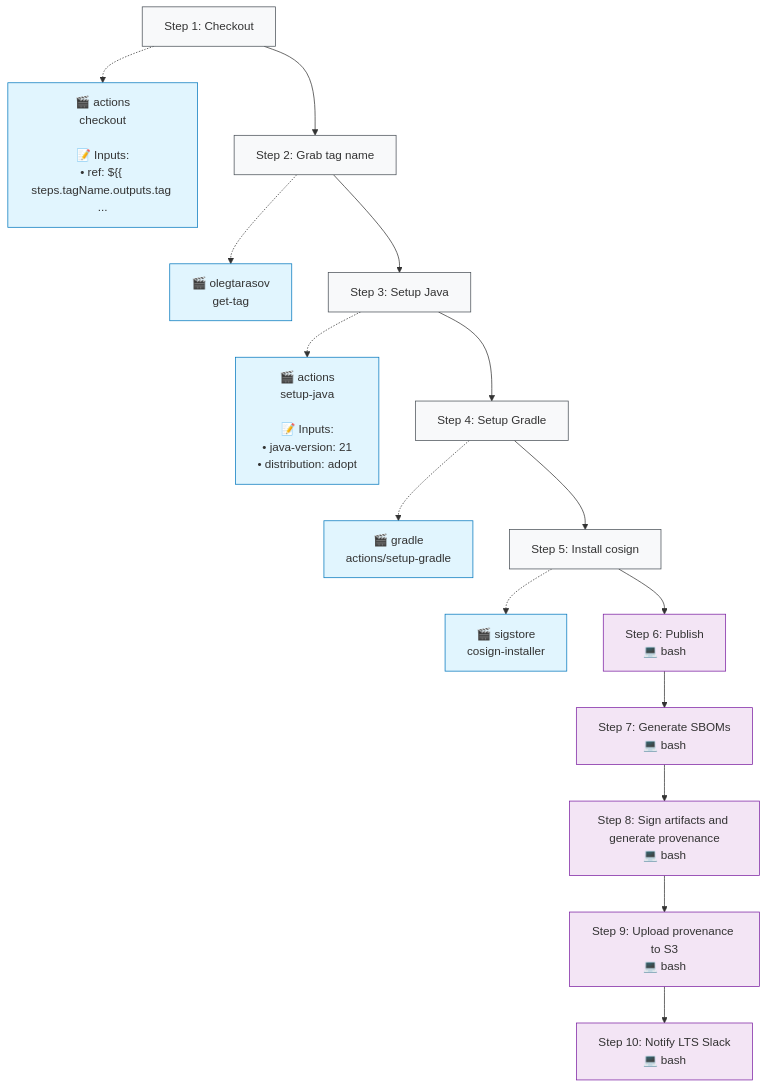
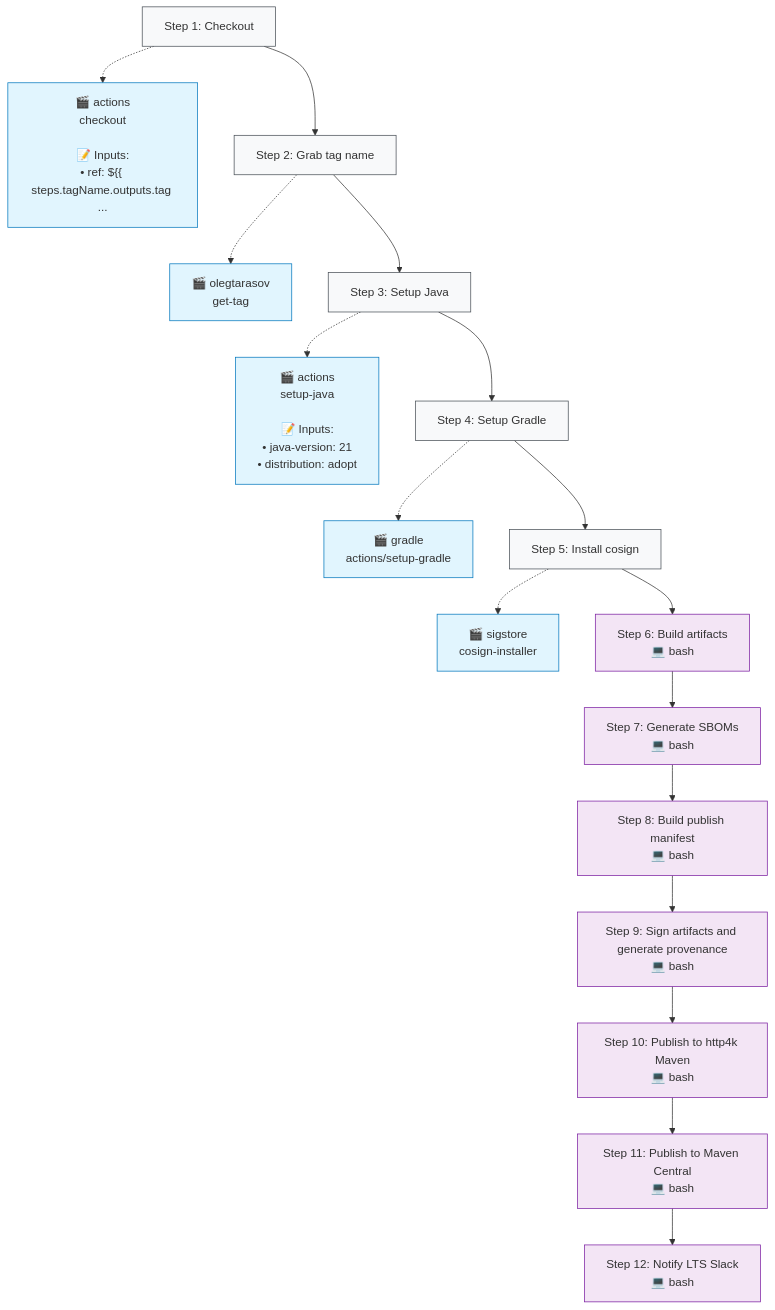
Before and after one commit to http4k/http4k: the second of 2 diagrams in .github/typeflows/publish-artifacts/README.md, drawn with Mermaid. The commit also changed 7 other files, not shown here.

````diff
--- a/.github/typeflows/publish-artifacts/README.md
+++ b/.github/typeflows/publish-artifacts/README.md
@@ -22,48 +22,54 @@
 ```mermaid
 %%{init: {"flowchart": {"curve": "basis"}}}%%
 flowchart TD
     step1["Step 1: Checkout"]
     style step1 fill:#f8f9fa,stroke:#495057
     action1["🎬 actions<br/>checkout<br/><br/>📝 Inputs:<br/>• ref: ${{ steps.tagName.outputs.tag ..."]
     style action1 fill:#e1f5fe,stroke:#0277bd
     step1 -.-> action1
     step2["Step 2: Grab tag name"]
     style step2 fill:#f8f9fa,stroke:#495057
     action2["🎬 olegtarasov<br/>get-tag"]
     style action2 fill:#e1f5fe,stroke:#0277bd
     step2 -.-> action2
     step1 --> step2
     step3["Step 3: Setup Java"]
     style step3 fill:#f8f9fa,stroke:#495057
     action3["🎬 actions<br/>setup-java<br/><br/>📝 Inputs:<br/>• java-version: 21<br/>• distribution: adopt"]
     style action3 fill:#e1f5fe,stroke:#0277bd
     step3 -.-> action3
     step2 --> step3
     step4["Step 4: Setup Gradle"]
     style step4 fill:#f8f9fa,stroke:#495057
     action4["🎬 gradle<br/>actions/setup-gradle"]
     style action4 fill:#e1f5fe,stroke:#0277bd
     step4 -.-> action4
     step3 --> step4
     step5["Step 5: Install cosign"]
     style step5 fill:#f8f9fa,stroke:#495057
     action5["🎬 sigstore<br/>cosign-installer"]
     style action5 fill:#e1f5fe,stroke:#0277bd
     step5 -.-> action5
     step4 --> step5
-    step6["Step 6: Publish<br/>💻 bash"]
+    step6["Step 6: Build artifacts<br/>💻 bash"]
     style step6 fill:#f3e5f5,stroke:#7b1fa2
     step5 --> step6
     step7["Step 7: Generate SBOMs<br/>💻 bash"]
     style step7 fill:#f3e5f5,stroke:#7b1fa2
     step6 --> step7
-    step8["Step 8: Sign artifacts and generate provenance<br/>💻 bash"]
+    step8["Step 8: Build publish manifest<br/>💻 bash"]
     style step8 fill:#f3e5f5,stroke:#7b1fa2
     step7 --> step8
-    step9["Step 9: Upload provenance to S3<br/>💻 bash"]
+    step9["Step 9: Sign artifacts and generate provenance<br/>💻 bash"]
     style step9 fill:#f3e5f5,stroke:#7b1fa2
     step8 --> step9
-    step10["Step 10: Notify LTS Slack<br/>💻 bash"]
+    step10["Step 10: Publish to http4k Maven<br/>💻 bash"]
     style step10 fill:#f3e5f5,stroke:#7b1fa2
     step9 --> step10
+    step11["Step 11: Publish to Maven Central<br/>💻 bash"]
+    style step11 fill:#f3e5f5,stroke:#7b1fa2
+    step10 --> step11
+    step12["Step 12: Notify LTS Slack<br/>💻 bash"]
+    style step12 fill:#f3e5f5,stroke:#7b1fa2
+    step11 --> step12
 ```
````
